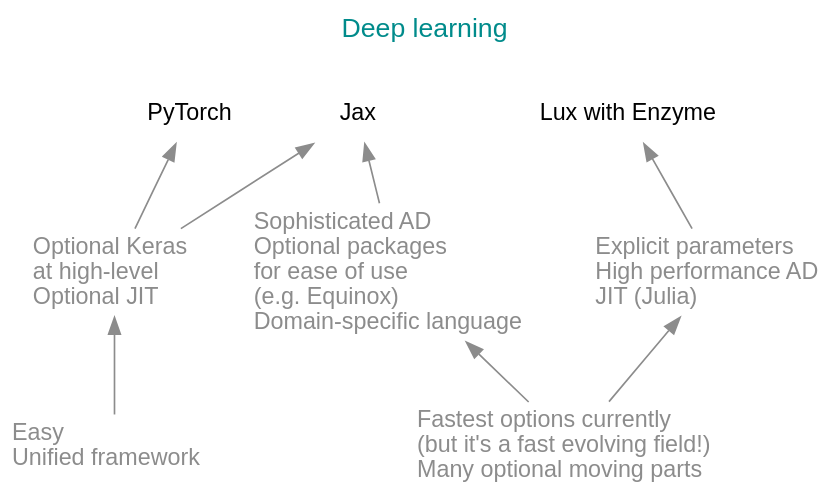
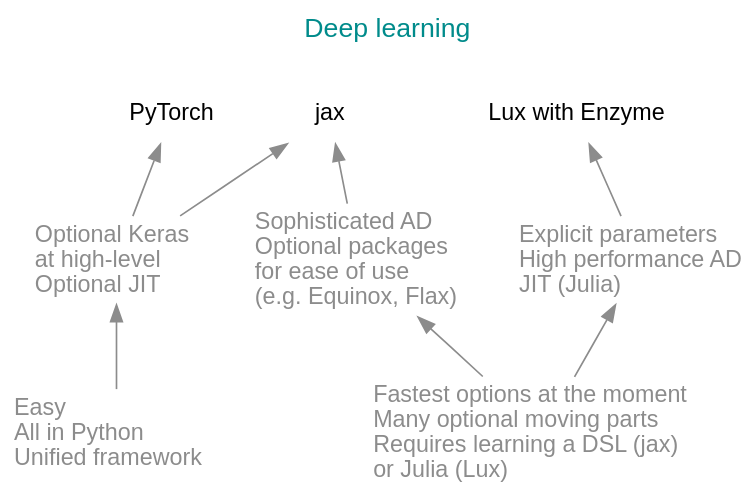
Diagram 23 of 23 in ml/frameworks_slides.qmd (WestDRI/arc-training), drawn with Graphviz before and after one commit. The commit also changed other lines of this file, not shown here.

````diff
--- a/ml/frameworks_slides.qmd
+++ b/ml/frameworks_slides.qmd
@@ -984,39 +1328,39 @@
 ```{dot}
 //| echo: false
 
 strict digraph {
   
 bgcolor="transparent"
 graph [fontname="Inconsolata, sans-serif"]
 node [fontname="Inconsolata, sans-serif"]
 label="Deep learning\n\n"
 fontsize=16
 fontcolor=darkcyan
 labelloc=t
 
 1 [label=PyTorch, shape=plaintext]
-2 [label=Jax, shape=plaintext]
+2 [label=jax, shape=plaintext]
 3 [label="Lux with Enzyme", shape=plaintext]
 
 4 [label="Optional Keras\lat high-level\lOptional JIT\l", shape=plaintext, fontcolor=gray55]
-5 [label="Sophisticated AD\lOptional packages\lfor ease of use\l(e.g. Equinox)\lDomain-specific language\l", shape=plaintext, fontcolor=gray55]
+5 [label="Sophisticated AD\lOptional packages\lfor ease of use\l(e.g. Equinox, Flax)\l", shape=plaintext, fontcolor=gray55]
 6 [label="Explicit parameters\lHigh performance AD\lJIT (Julia)\l", shape=plaintext, fontcolor=gray55]
 
-7 [label="Easy\lUnified framework\l", shape=plaintext, fontcolor=gray55]
-8 [label="Fastest options currently\l(but it's a fast evolving field!)\lMany optional moving parts\l", shape=plaintext, fontcolor=gray55]
+7 [label="Easy\lAll in Python\lUnified framework\l", shape=plaintext, fontcolor=gray55]
+8 [label="Fastest options at the moment\lMany optional moving parts\lRequires learning a DSL (jax)\lor Julia (Lux)\l", shape=plaintext, fontcolor=gray55]
 
 {rank=same; 1 2 3}
 
 1 -> 2 -> 3 [style=invis]
 
 1 -> 4 [dir=back, color=gray55]
 2 -> 4 [dir=back, color=gray55]
 2 -> 5 [dir=back, color=gray55]
 3 -> 6 [dir=back, color=gray55]
 
 4 -> 7 [dir=back, color=gray55]
 5 -> 8 [dir=back, color=gray55]
 6 -> 8 [dir=back, color=gray55]
 
 }
 ```
````
